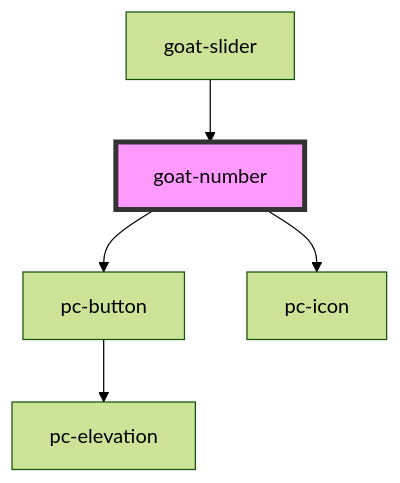
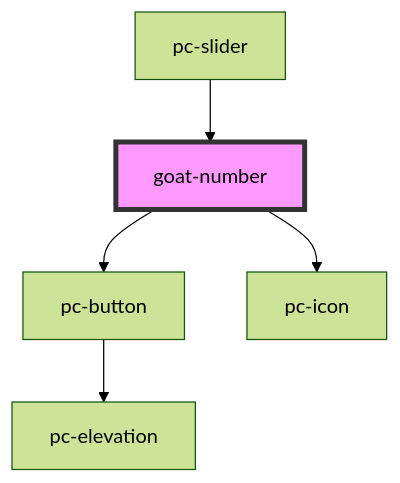
Before and after one commit to redvars/peacock: the diagram in src/components/input-controls/input/number/readme.md, drawn with Mermaid (forest theme). The commit also changed other lines of this file and 127 other files, not shown here.

````diff
--- a/src/components/input-controls/input/number/readme.md
+++ b/src/components/input-controls/input/number/readme.md
@@ -91,8 +91,8 @@
 ```mermaid
 graph TD;
   goat-number --> pc-button
   goat-number --> pc-icon
   pc-button --> pc-elevation
-  goat-slider --> goat-number
+  pc-slider --> goat-number
   style goat-number fill:#f9f,stroke:#333,stroke-width:4px
 ```
````
